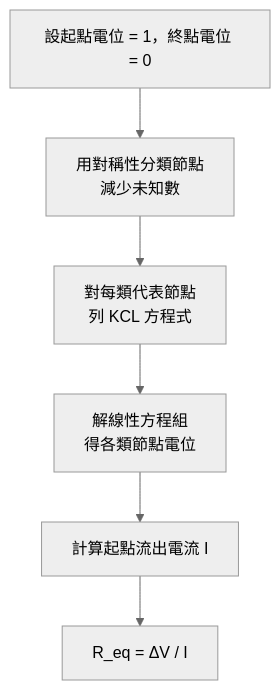
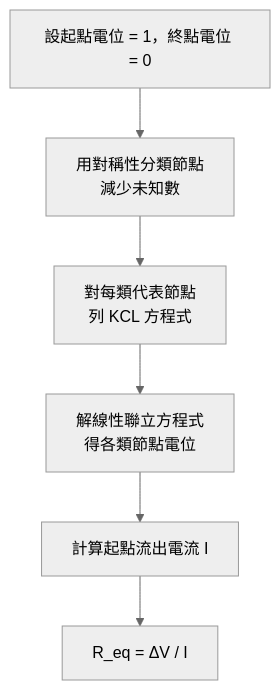
The diagram in _posts/2026-05-18-resistor-cube-1-node-voltage.md (g4kakau/g4kakau.github.io), drawn with Mermaid (neutral theme) before and after one commit. The commit also changed other lines of this file and 44 other files, not shown here.

````diff
--- a/_posts/2026-05-18-resistor-cube-1-node-voltage.md
+++ b/_posts/2026-05-18-resistor-cube-1-node-voltage.md
@@ -235,8 +235,8 @@
 ```mermaid
 flowchart TD
     A["設起點電位 = 1，終點電位 = 0"] --> B["用對稱性分類節點<br/>減少未知數"]
     B --> C["對每類代表節點<br/>列 KCL 方程式"]
-    C --> D["解線性方程組<br/>得各類節點電位"]
+    C --> D["解線性聯立方程式<br/>得各類節點電位"]
     D --> E["計算起點流出電流 I"]
     E --> F["R_eq = ΔV / I"]
 ```
````
